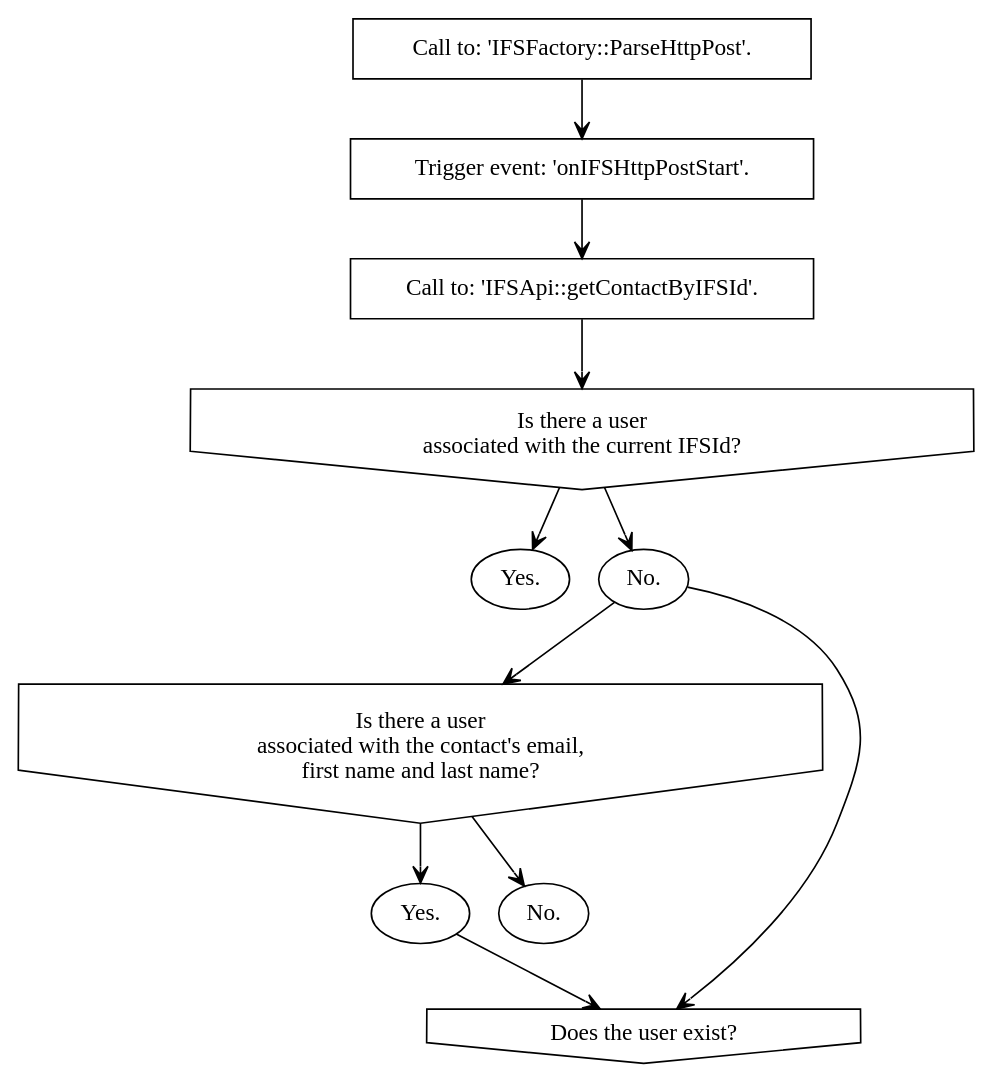
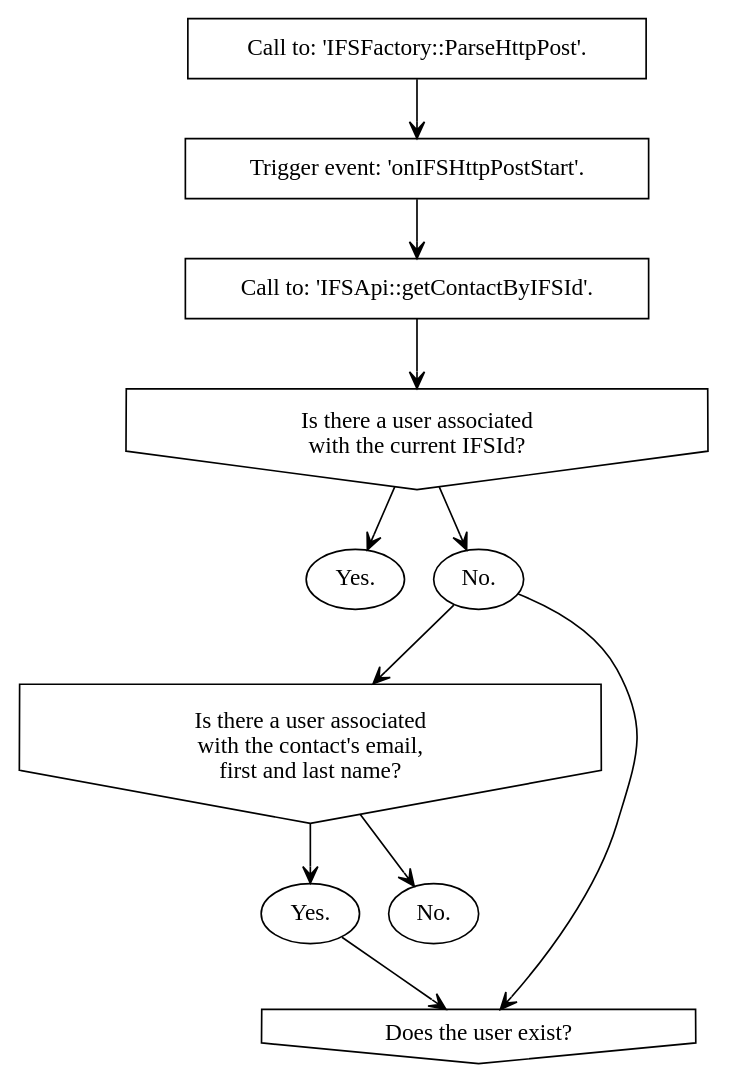
The diagram in docs/procedures/register_user.rst (treste91/JoomFuse), drawn with Graphviz before and after one commit.

```diff
--- a/docs/procedures/register_user.rst
+++ b/docs/procedures/register_user.rst
@@ -4,26 +4,26 @@
 .. graphviz::
 
    digraph {
    
       1 [label="Call to: 'IFSFactory::ParseHttpPost'." shape=rectangle]
       2 [label="Trigger event: 'onIFSHttpPostStart'." shape=rectangle]
       3 [label="Call to: 'IFSApi::getContactByIFSId'." shape=rectangle]
-      4 [label="Is there a user\n associated with the current IFSId?" shape=invhouse]
+      4 [label="Is there a user associated\n with the current IFSId?" shape=invhouse]
       5 [label="Yes." shape=oval]
       6 [label="No." shape=oval]
-      7 [label="Is there a user\n associated with the contact's email,\n first name and last name?" shape=invhouse]
+      7 [label="Is there a user associated\n with the contact's email,\n first and last name?" shape=invhouse]
       8 [label="Yes." shape=oval]
       9 [label="Does the user exist?" shape=invhouse]
       10 [label="No." shape=oval]
       
       1 -> 2 [arrowhead=vee arrowsize=1]
       2 -> 3 [arrowhead=vee arrowsize=1]
       3 -> 4 [arrowhead=vee arrowsize=1]
       4 -> 5 [arrowhead=vee arrowsize=1]
       4 -> 6 [arrowhead=vee arrowsize=1]
       6 -> 7 [arrowhead=vee arrowsize=1]
       7 -> 8 [arrowhead=vee arrowsize=1]
       8 -> 9 [arrowhead=vee arrowsize=1]
       6 -> 9 [arrowhead=vee arrowsize=1]
       7 -> 10 [arrowhead=vee arrowsize=1]
    }
```
